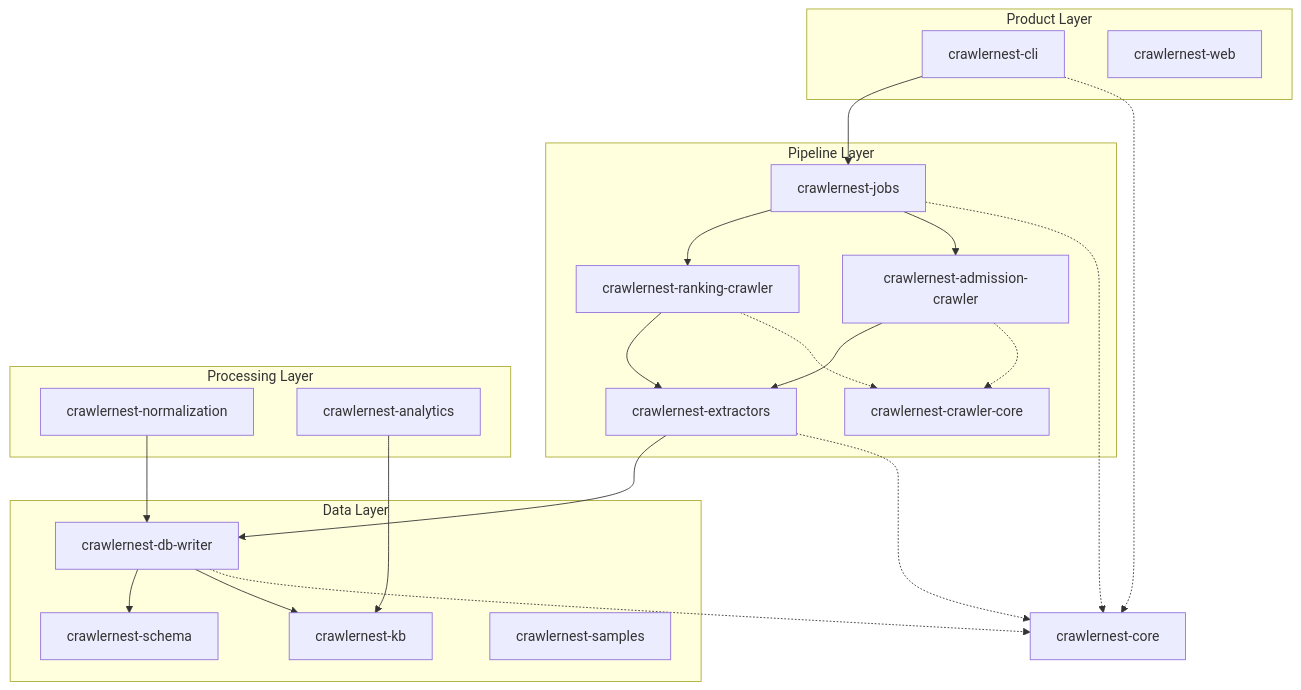
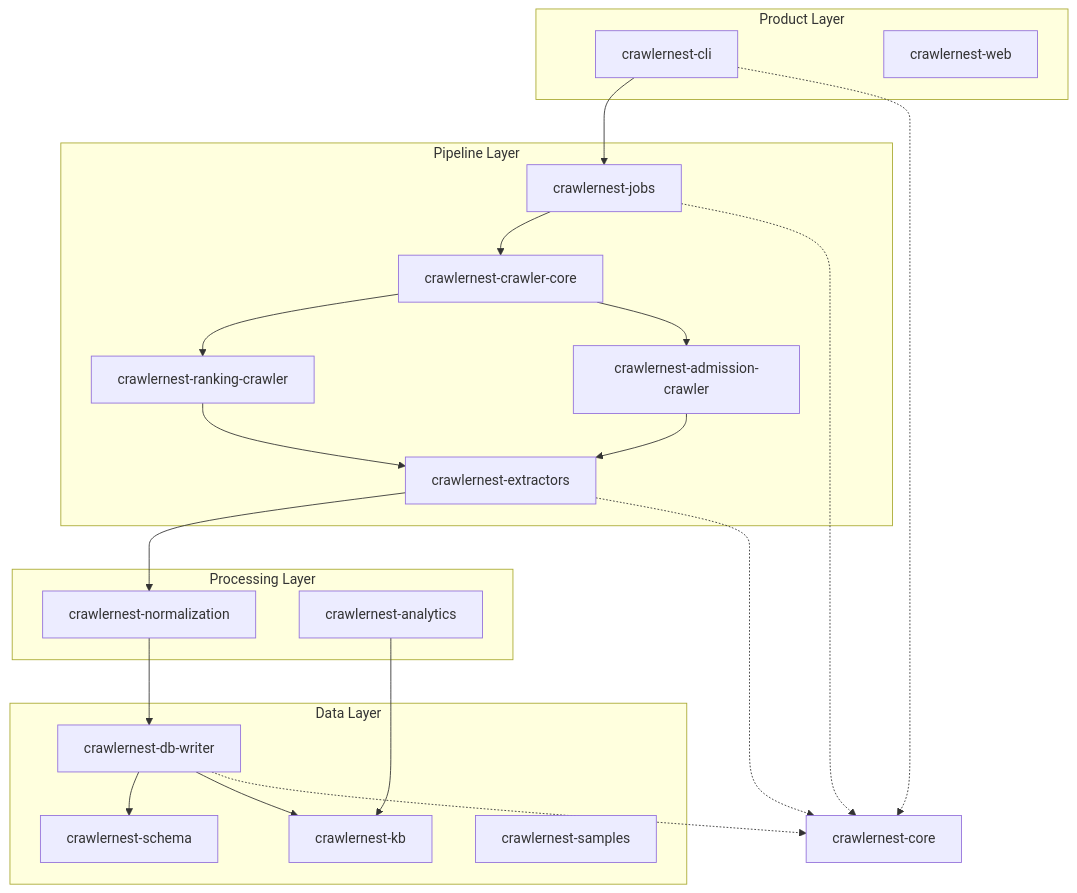
The diagram in crawlernest/crawlernest-docs/architecture.md (heinricitorgau/CrawlerNest), drawn with Mermaid before and after one commit. The commit also changed other lines of this file and 5 other files, not shown here.

Commit message:
update timeline

````diff
--- a/crawlernest/crawlernest-docs/architecture.md
+++ b/crawlernest/crawlernest-docs/architecture.md
@@ -15,48 +15,47 @@
 ```mermaid
 graph TD
     subgraph "Product Layer"
         CLI[crawlernest-cli]
         WEB[crawlernest-web]
     end
 
     subgraph "Pipeline Layer"
+        JOBS[crawlernest-jobs]
         CORECRAWL[crawlernest-crawler-core]
         RANKCRAWL[crawlernest-ranking-crawler]
         ADMCRAWL[crawlernest-admission-crawler]
-        JOBS[crawlernest-jobs]
         EXT[crawlernest-extractors]
     end
 
     subgraph "Processing Layer"
         NORM[crawlernest-normalization]
         ANA[crawlernest-analytics]
     end
 
     subgraph "Data Layer"
         SCHEMA[crawlernest-schema]
         DBW[crawlernest-db-writer]
         KB[crawlernest-kb]
         SAMP[crawlernest-samples]
     end
 
     CORE[crawlernest-core]
 
     CLI --> JOBS
-    JOBS --> RANKCRAWL
-    JOBS --> ADMCRAWL
+    JOBS --> CORECRAWL
+    CORECRAWL --> RANKCRAWL
+    CORECRAWL --> ADMCRAWL
     RANKCRAWL --> EXT
     ADMCRAWL --> EXT
-    RANKCRAWL -.-> CORECRAWL
-    ADMCRAWL -.-> CORECRAWL
-    EXT --> DBW
+    EXT --> NORM
+    NORM --> DBW
     DBW --> SCHEMA
     DBW --> KB
-    NORM --> DBW
     ANA --> KB
     
     %% Shared Core
     JOBS -.-> CORE
     EXT -.-> CORE
     DBW -.-> CORE
     CLI -.-> CORE
 ```
````
